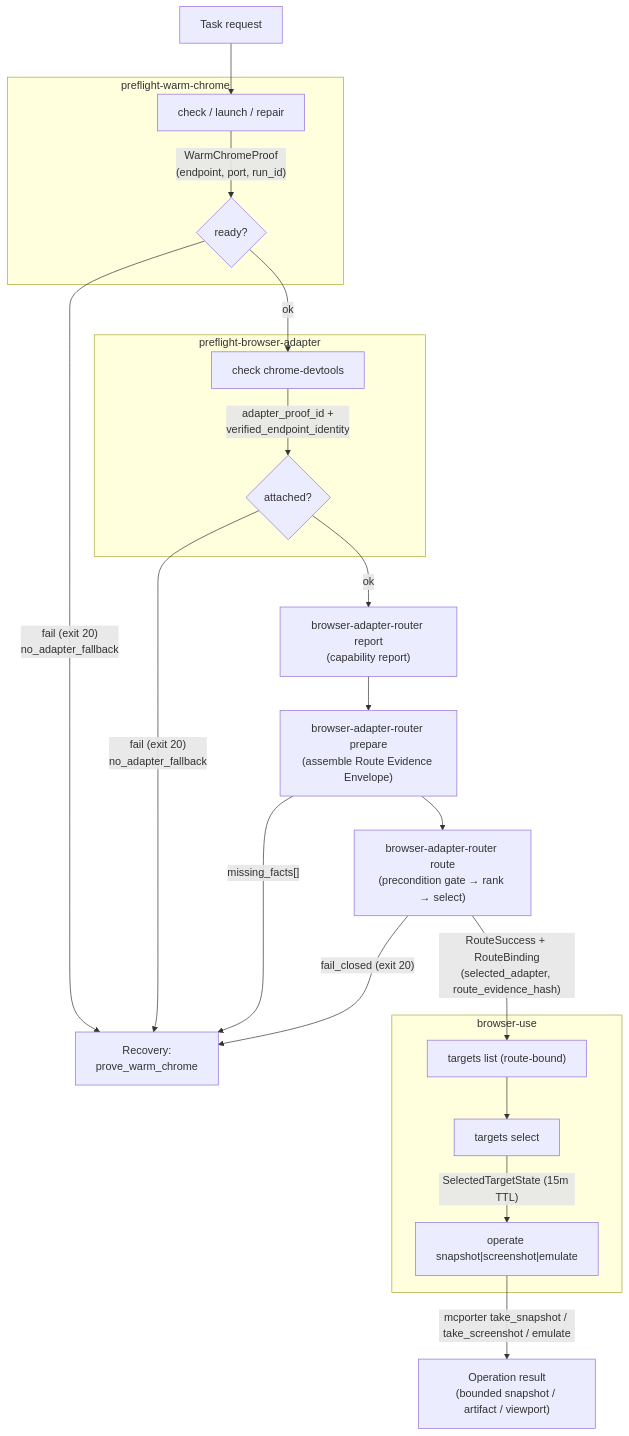
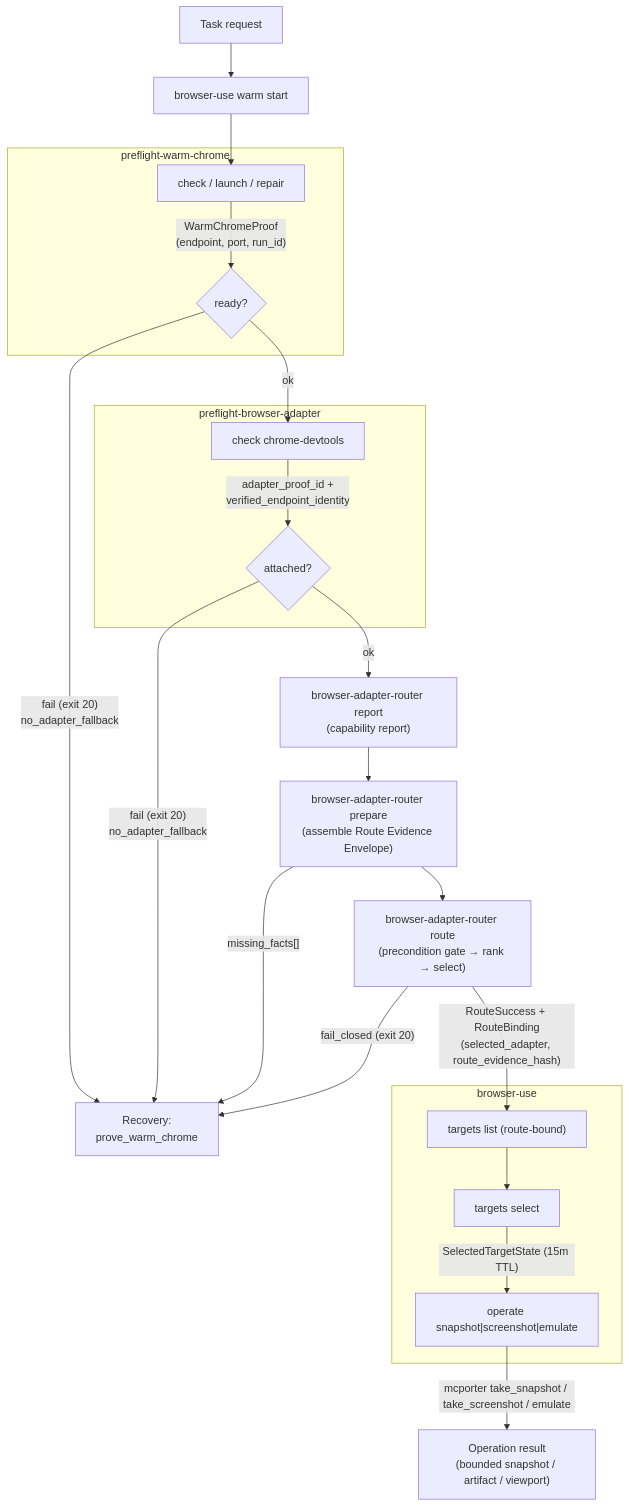
The first of 3 diagrams in skills/browser-use/docs/PRODUCT-BASELINE.md (nathanvale/claude-code-config), drawn with Mermaid before and after one commit. The commit also changed other lines of this file and 19 other files, not shown here.

First line of the commit message:
feat(browser-use): add warm start front door

````diff
--- a/skills/browser-use/docs/PRODUCT-BASELINE.md
+++ b/skills/browser-use/docs/PRODUCT-BASELINE.md
@@ -133,28 +134,29 @@
 ```mermaid
 flowchart TD
-    task["Task request"] --> wc
+    task["Task request"] --> warmstart["browser-use warm start"]
+    warmstart --> wc
 
     subgraph WC["preflight-warm-chrome"]
       wc["check / launch / repair"] -->|"WarmChromeProof<br/>(endpoint, port, run_id)"| wcok{ready?}
     end
     wcok -->|"fail (exit 20)<br/>no_adapter_fallback"| recover["Recovery:<br/>prove_warm_chrome"]
 
     wcok -->|"ok"| ap
     subgraph AP["preflight-browser-adapter"]
       ap["check chrome-devtools"] -->|"adapter_proof_id +<br/>verified_endpoint_identity"| apok{attached?}
     end
     apok -->|"fail (exit 20)<br/>no_adapter_fallback"| recover
 
     apok -->|"ok"| rep["browser-adapter-router report<br/>(capability report)"]
     rep --> prep["browser-adapter-router prepare<br/>(assemble Route Evidence Envelope)"]
     prep -->|"missing_facts[]"| recover
     prep --> route["browser-adapter-router route<br/>(precondition gate → rank → select)"]
     route -->|"fail_closed (exit 20)"| recover
     route -->|"RouteSuccess + RouteBinding<br/>(selected_adapter, route_evidence_hash)"| disc
 
     subgraph CLI["browser-use"]
       disc["targets list (route-bound)"] --> sel["targets select"]
       sel -->|"SelectedTargetState (15m TTL)"| op["operate snapshot|screenshot|emulate"]
     end
     op -->|"mcporter take_snapshot / take_screenshot / emulate"| result["Operation result<br/>(bounded snapshot / artifact / viewport)"]
 ```
````
